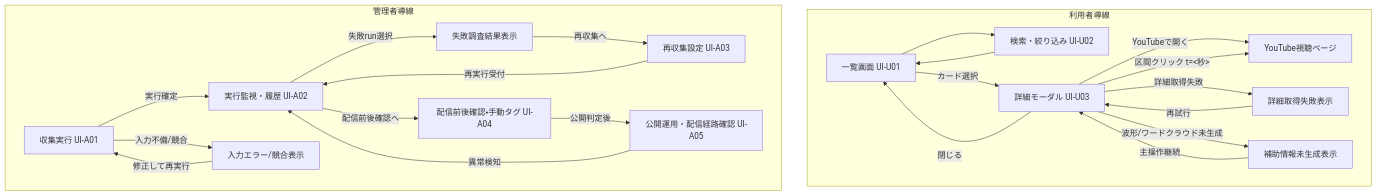
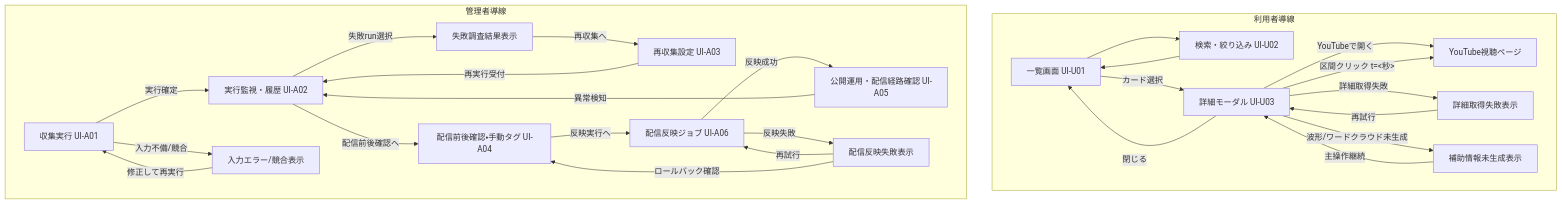
One commit to tsuji-tomonori/diopside-v3 changed the diagram in docs/2.基本設計(BD)/42.UI/BD-UI-003.md. Above: the diagram before and after it, drawn with Mermaid. The commit also changed other lines of this file and 6 other files, not shown here.

````diff
--- a/docs/2.基本設計(BD)/42.UI/BD-UI-003.md
+++ b/docs/2.基本設計(BD)/42.UI/BD-UI-003.md
@@ -43,42 +46,48 @@
 ```mermaid
 flowchart TD
   subgraph U[利用者導線]
     U01[一覧画面 UI-U01]
     U02[検索・絞り込み UI-U02]
     U03[詳細モーダル UI-U03]
     UY[YouTube視聴ページ]
     UE1[詳細取得失敗表示]
     UE2[補助情報未生成表示]
   end
 
   subgraph A[管理者導線]
     A01[収集実行 UI-A01]
     A02[実行監視・履歴 UI-A02]
     A03[再収集設定 UI-A03]
     A04[配信前後確認・手動タグ UI-A04]
+    A06[配信反映ジョブ UI-A06]
     A05[公開運用・配信経路確認 UI-A05]
     AE1[入力エラー/競合表示]
     AE2[失敗調査結果表示]
+    AE3[配信反映失敗表示]
   end
 
   U01 --> U02
   U02 --> U01
   U01 -->|カード選択| U03
   U03 -->|閉じる| U01
   U03 -->|YouTubeで開く| UY
   U03 -->|区間クリック t=<秒>| UY
   U03 -->|詳細取得失敗| UE1
   UE1 -->|再試行| U03
   U03 -->|波形/ワードクラウド未生成| UE2
   UE2 -->|主操作継続| U03
 
   A01 -->|実行確定| A02
   A01 -->|入力不備/競合| AE1
   AE1 -->|修正して再実行| A01
   A02 -->|失敗run選択| AE2
   AE2 -->|再収集へ| A03
   A03 -->|再実行受付| A02
   A02 -->|配信前後確認へ| A04
-  A04 -->|公開判定後| A05
+  A04 -->|反映実行へ| A06
+  A06 -->|反映成功| A05
+  A06 -->|反映失敗| AE3
+  AE3 -->|再試行| A06
+  AE3 -->|ロールバック確認| A04
   A05 -->|異常検知| A02
 ```
````
